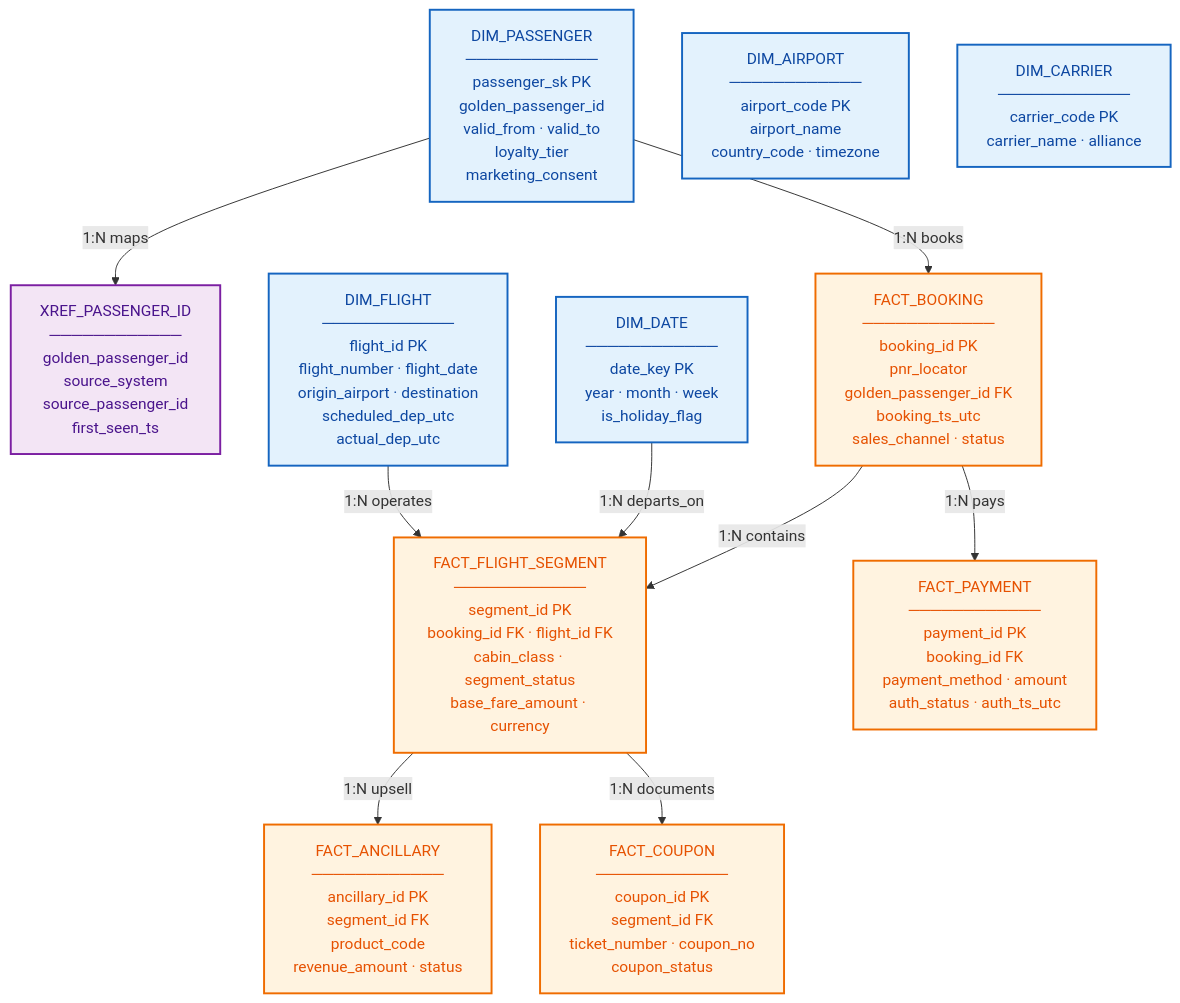
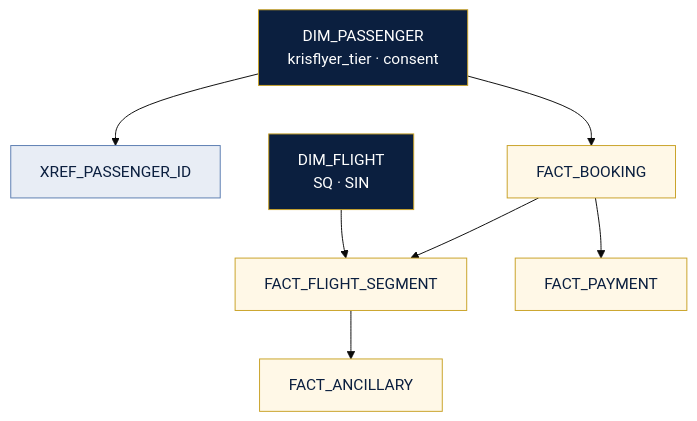
One commit to willtran112358/airline-domain-data-platform changed the second of 2 diagrams in docs/05-database-schema.md. Above: the diagram before and after it, drawn with Mermaid. The commit also changed other lines of this file and 17 other files, not shown here.

````diff
--- a/docs/05-database-schema.md
+++ b/docs/05-database-schema.md
@@ -32,29 +23,21 @@
 ```mermaid
+%%{init: {'theme':'base', 'themeVariables': {'primaryColor':'#0B1F3F','primaryTextColor':'#fff'}}}%%
 flowchart TB
-    classDef dim fill:#e3f2fd,stroke:#1565c0,stroke-width:2px,color:#0d47a1
-    classDef fact fill:#fff3e0,stroke:#ef6c00,stroke-width:2px,color:#e65100
-    classDef xref fill:#f3e5f5,stroke:#7b1fa2,stroke-width:2px,color:#4a148c
-    classDef bridge fill:#e8f5e9,stroke:#2e7d32,stroke-width:2px,color:#1b5e20
+    classDef dim fill:#0B1F3F,stroke:#C9A227,color:#fff
+    classDef fact fill:#FFF8E7,stroke:#C9A227,color:#0B1F3F
+    classDef xref fill:#E8EDF5,stroke:#5B7DB1,color:#0B1F3F
 
-    DP["DIM_PASSENGER<br/>────────────<br/>passenger_sk PK<br/>golden_passenger_id<br/>valid_from · valid_to<br/>loyalty_tier<br/>marketing_consent"]:::dim
-    XR["XREF_PASSENGER_ID<br/>────────────<br/>golden_passenger_id<br/>source_system<br/>source_passenger_id<br/>first_seen_ts"]:::xref
-    DF["DIM_FLIGHT<br/>────────────<br/>flight_id PK<br/>flight_number · flight_date<br/>origin_airport · destination<br/>scheduled_dep_utc<br/>actual_dep_utc"]:::dim
-    DD["DIM_DATE<br/>────────────<br/>date_key PK<br/>year · month · week<br/>is_holiday_flag"]:::dim
-    DA["DIM_AIRPORT<br/>────────────<br/>airport_code PK<br/>airport_name<br/>country_code · timezone"]:::dim
-    DC["DIM_CARRIER<br/>────────────<br/>carrier_code PK<br/>carrier_name · alliance"]:::dim
+    DP["DIM_PASSENGER<br/>krisflyer_tier · consent"]:::dim
+    XR["XREF_PASSENGER_ID"]:::xref
+    DF["DIM_FLIGHT<br/>SQ · SIN"]:::dim
+    FB["FACT_BOOKING"]:::fact
+    FS["FACT_FLIGHT_SEGMENT"]:::fact
+    FA["FACT_ANCILLARY"]:::fact
+    FP["FACT_PAYMENT"]:::fact
 
-    FB["FACT_BOOKING<br/>────────────<br/>booking_id PK<br/>pnr_locator<br/>golden_passenger_id FK<br/>booking_ts_utc<br/>sales_channel · status"]:::fact
-    FS["FACT_FLIGHT_SEGMENT<br/>────────────<br/>segment_id PK<br/>booking_id FK · flight_id FK<br/>cabin_class · segment_status<br/>base_fare_amount · currency"]:::fact
-    FA["FACT_ANCILLARY<br/>────────────<br/>ancillary_id PK<br/>segment_id FK<br/>product_code<br/>revenue_amount · status"]:::fact
-    FP["FACT_PAYMENT<br/>────────────<br/>payment_id PK<br/>booking_id FK<br/>payment_method · amount<br/>auth_status · auth_ts_utc"]:::fact
-    FC["FACT_COUPON<br/>────────────<br/>coupon_id PK<br/>segment_id FK<br/>ticket_number · coupon_no<br/>coupon_status"]:::fact
-
-    DP -->|"1:N maps"| XR
-    DP -->|"1:N books"| FB
-    FB -->|"1:N contains"| FS
-    DF -->|"1:N operates"| FS
-    DD -->|"1:N departs_on"| FS
-    FS -->|"1:N upsell"| FA
-    FS -->|"1:N documents"| FC
-    FB -->|"1:N pays"| FP
+    DP --> XR & FB
+    FB --> FS
+    DF --> FS
+    FS --> FA
+    FB --> FP
 ```
````
